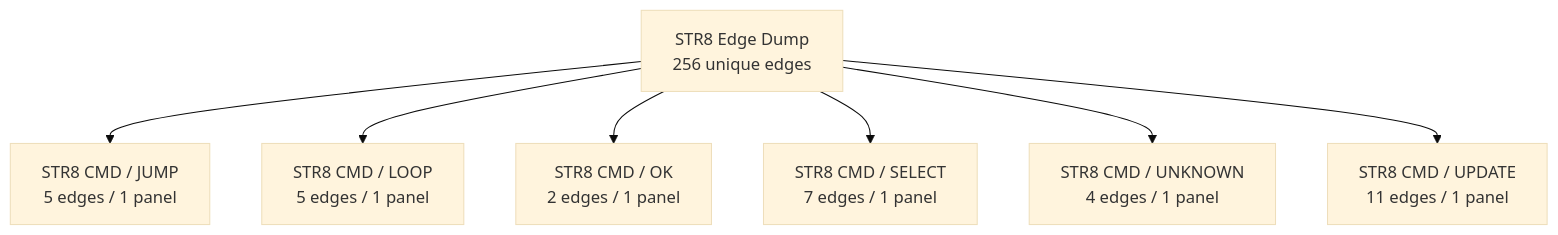
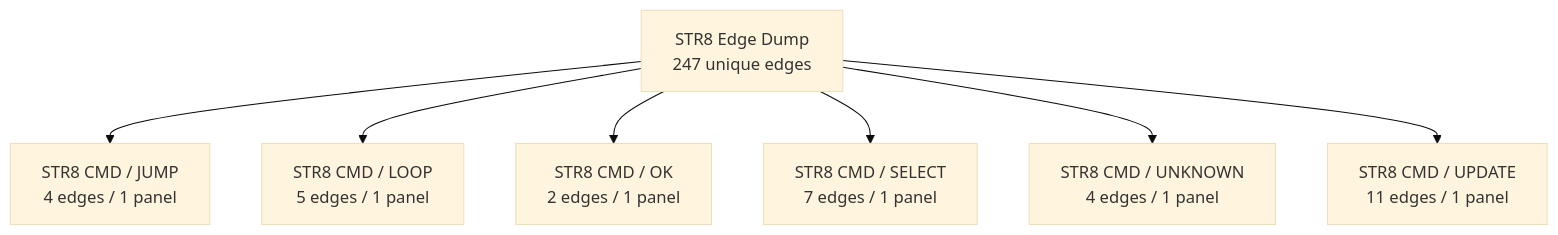
Before and after one commit to 95westus/R-YORS: the third of 41 diagrams in DOC/GUIDES/STR8/STR8_EDGE_DUMP.md, drawn with Mermaid (base theme). The commit also changed other lines of this file and 17 other files, not shown here.

````diff
--- a/DOC/GUIDES/STR8/STR8_EDGE_DUMP.md
+++ b/DOC/GUIDES/STR8/STR8_EDGE_DUMP.md
@@ -62,9 +62,9 @@
 ```mermaid
 flowchart TD
-    EDGE_ATLAS_ROOT_2["STR8 Edge Dump<br/>256 unique edges"] --> EDGE_FAMILY_2_0["STR8 CMD / JUMP<br/>5 edges / 1 panel"]
-    EDGE_ATLAS_ROOT_2["STR8 Edge Dump<br/>256 unique edges"] --> EDGE_FAMILY_2_1["STR8 CMD / LOOP<br/>5 edges / 1 panel"]
-    EDGE_ATLAS_ROOT_2["STR8 Edge Dump<br/>256 unique edges"] --> EDGE_FAMILY_2_2["STR8 CMD / OK<br/>2 edges / 1 panel"]
-    EDGE_ATLAS_ROOT_2["STR8 Edge Dump<br/>256 unique edges"] --> EDGE_FAMILY_2_3["STR8 CMD / SELECT<br/>7 edges / 1 panel"]
-    EDGE_ATLAS_ROOT_2["STR8 Edge Dump<br/>256 unique edges"] --> EDGE_FAMILY_2_4["STR8 CMD / UNKNOWN<br/>4 edges / 1 panel"]
-    EDGE_ATLAS_ROOT_2["STR8 Edge Dump<br/>256 unique edges"] --> EDGE_FAMILY_2_5["STR8 CMD / UPDATE<br/>11 edges / 1 panel"]
+    EDGE_ATLAS_ROOT_2["STR8 Edge Dump<br/>247 unique edges"] --> EDGE_FAMILY_2_0["STR8 CMD / JUMP<br/>4 edges / 1 panel"]
+    EDGE_ATLAS_ROOT_2["STR8 Edge Dump<br/>247 unique edges"] --> EDGE_FAMILY_2_1["STR8 CMD / LOOP<br/>5 edges / 1 panel"]
+    EDGE_ATLAS_ROOT_2["STR8 Edge Dump<br/>247 unique edges"] --> EDGE_FAMILY_2_2["STR8 CMD / OK<br/>2 edges / 1 panel"]
+    EDGE_ATLAS_ROOT_2["STR8 Edge Dump<br/>247 unique edges"] --> EDGE_FAMILY_2_3["STR8 CMD / SELECT<br/>7 edges / 1 panel"]
+    EDGE_ATLAS_ROOT_2["STR8 Edge Dump<br/>247 unique edges"] --> EDGE_FAMILY_2_4["STR8 CMD / UNKNOWN<br/>4 edges / 1 panel"]
+    EDGE_ATLAS_ROOT_2["STR8 Edge Dump<br/>247 unique edges"] --> EDGE_FAMILY_2_5["STR8 CMD / UPDATE<br/>11 edges / 1 panel"]
 ```
````
